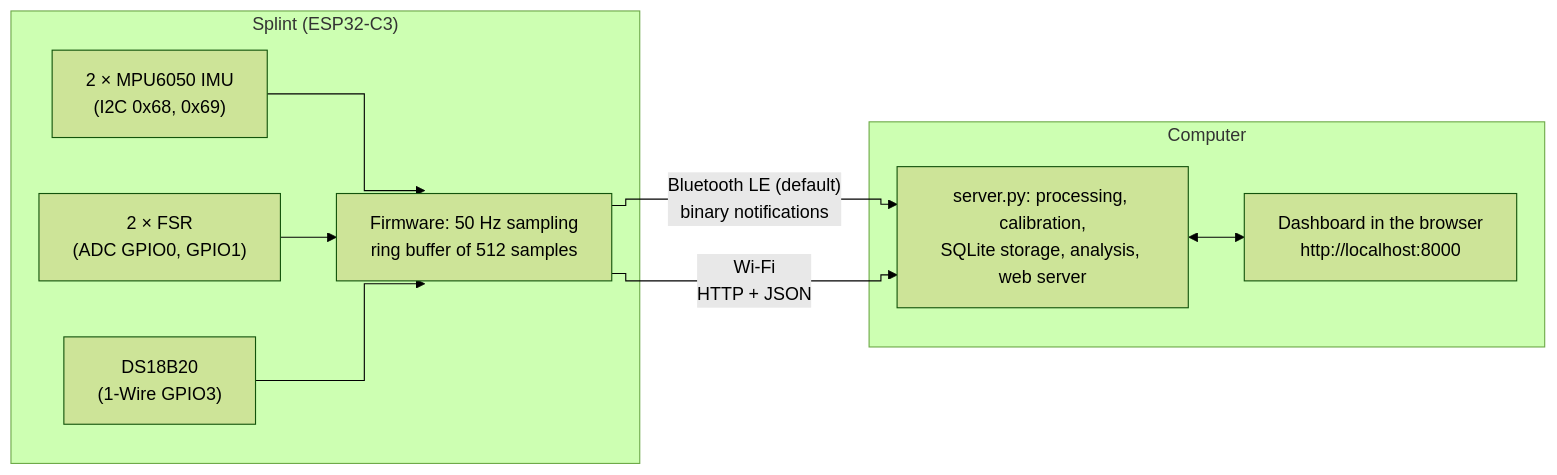
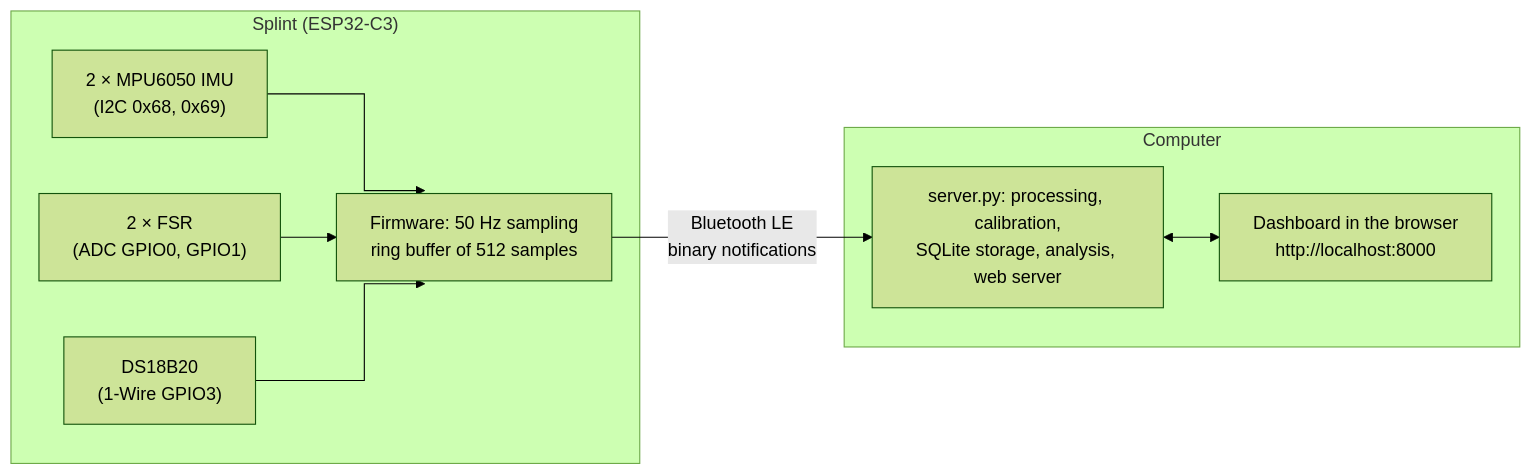
Before and after one commit to GeekOmar256/SmartSplint: the diagram in docs/SmartSplint_Code_Documentation.md, drawn with Mermaid (forest theme). The commit also changed other lines of this file and 28 other files, not shown here.

First line of the commit message:
Pressure in kPa, simpler dashboard, BLE-only docs and updated diagrams

````diff
--- a/docs/SmartSplint_Code_Documentation.md
+++ b/docs/SmartSplint_Code_Documentation.md
@@ -31,20 +31,19 @@
 ```mermaid
 %%{init: {"flowchart": {"curve": "step"}}}%%
 flowchart LR
     subgraph SPLINT ["Splint (ESP32-C3)"]
         S1["2 × MPU6050 IMU<br/>(I2C 0x68, 0x69)"]
         S2["2 × FSR<br/>(ADC GPIO0, GPIO1)"]
         S3["DS18B20<br/>(1-Wire GPIO3)"]
         FW["Firmware: 50 Hz sampling<br/>ring buffer of 512 samples"]
         S1 --> FW
         S2 --> FW
         S3 --> FW
     end
     subgraph PC ["Computer"]
         APP["server.py: processing, calibration,<br/>SQLite storage, analysis, web server"]
         UI["Dashboard in the browser<br/>http://localhost:8000"]
         APP <--> UI
     end
-    FW -- "Bluetooth LE (default)<br/>binary notifications" --> APP
-    FW -- "Wi-Fi<br/>HTTP + JSON" --> APP
+    FW -- "Bluetooth LE<br/>binary notifications" --> APP
 ```
````
